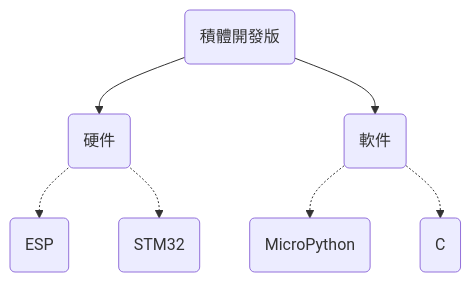
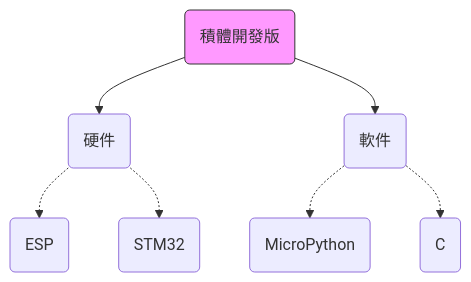
The diagram in _posts/2021-09-30-jekyll.md (hkdickyko/hkdickyko.github.io), drawn with Mermaid before and after one commit. The commit also changed other lines of this file, not shown here.

```diff
--- a/_posts/2021-09-30-jekyll.md
+++ b/_posts/2021-09-30-jekyll.md
@@ -102,16 +102,17 @@
 <div class="mermaid">
 graph TD;
     A("積體開發版");
     B("硬件");
     C("ESP");
     D("STM32");
     E("軟件");
     F("MicroPython");
     G("C");
     A-->B;
     B-.->C;
     B-.->D;
     A-->E;
     E-.->F;
     E-.->G;
+style A fill:#f9f,stroke:#333,stroke-width:px
 </div>
```
